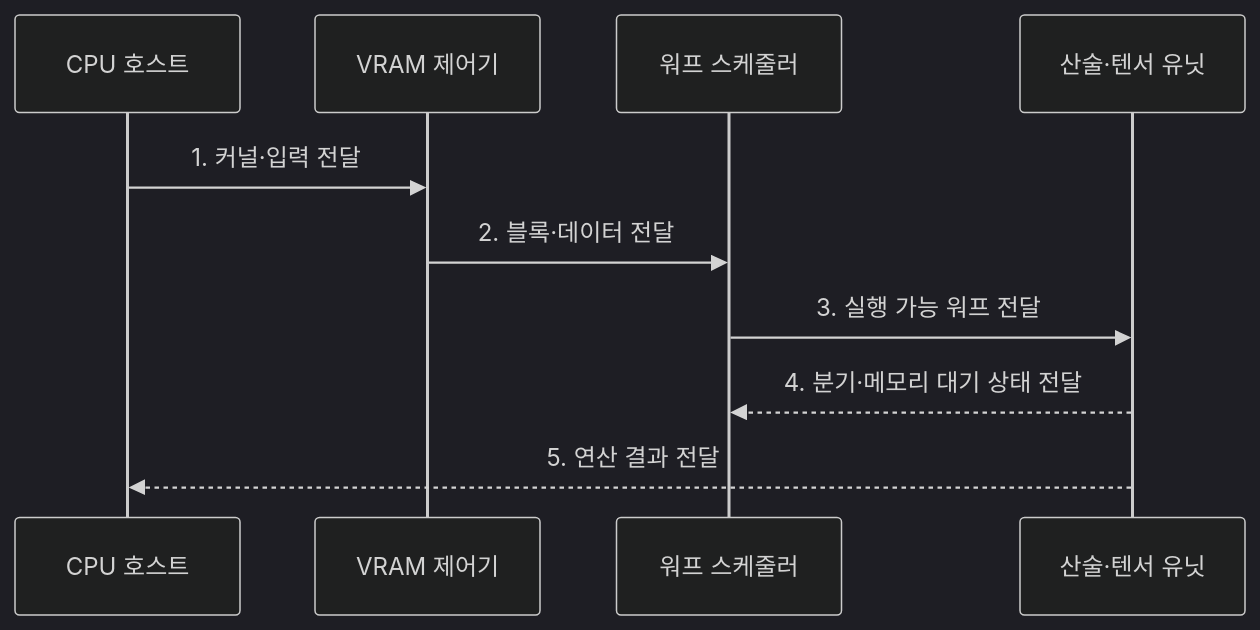
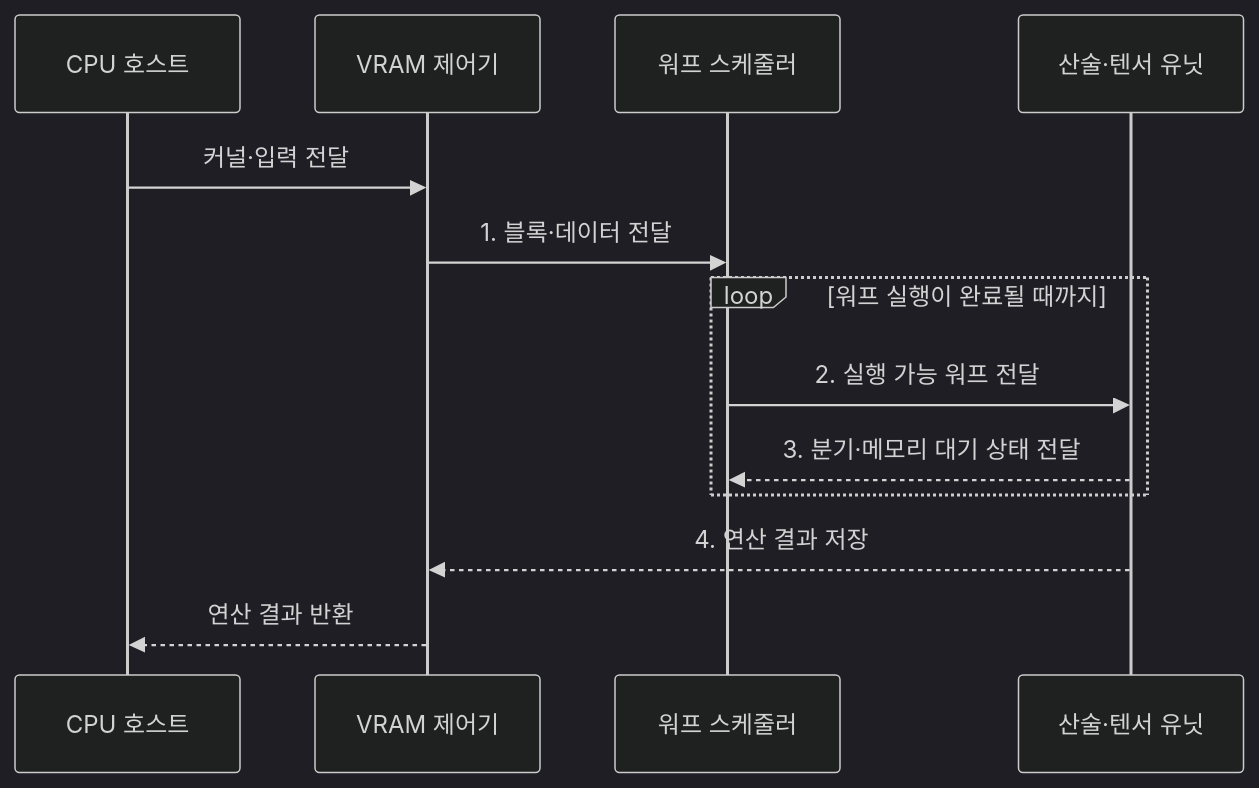
Before and after one commit to agnusdei1207/knowledge-base: the second of 2 diagrams in src/content/docs/notes/08-latest-tech/141_gpu.md, drawn with Mermaid (dark theme). The commit also changed other lines of this file and 225 other files, not shown here.

````diff
--- a/src/content/docs/notes/08-latest-tech/141_gpu.md
+++ b/src/content/docs/notes/08-latest-tech/141_gpu.md
@@ -80,12 +80,15 @@
 ```mermaid
 sequenceDiagram
     participant H as CPU 호스트
     participant V as VRAM 제어기
     participant S as 워프 스케줄러
     participant U as 산술·텐서 유닛
-    H->>V: 1. 커널·입력 전달
-    V->>S: 2. 블록·데이터 전달
-    S->>U: 3. 실행 가능 워프 전달
-    U-->>S: 4. 분기·메모리 대기 상태 전달
-    U-->>H: 5. 연산 결과 전달
+    H->>V: 커널·입력 전달
+    V->>S: 1. 블록·데이터 전달
+    loop 워프 실행이 완료될 때까지
+        S->>U: 2. 실행 가능 워프 전달
+        U-->>S: 3. 분기·메모리 대기 상태 전달
+    end
+    U-->>V: 4. 연산 결과 저장
+    V-->>H: 연산 결과 반환
 ```
````
